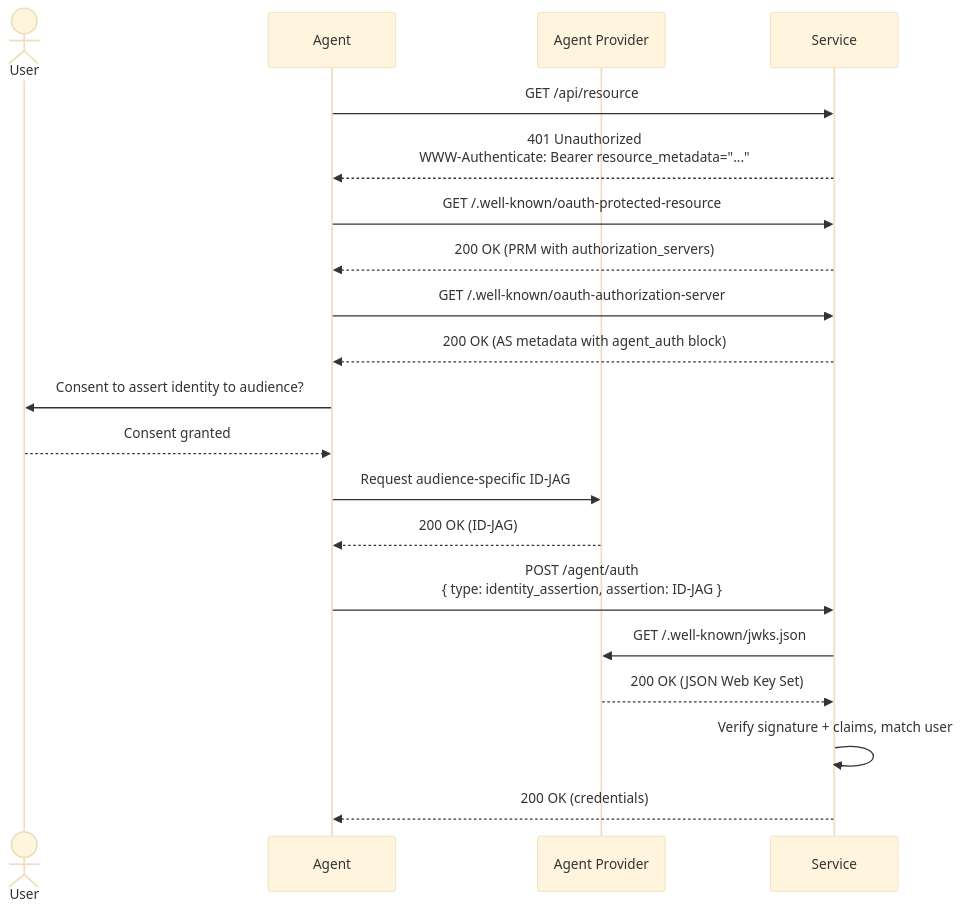
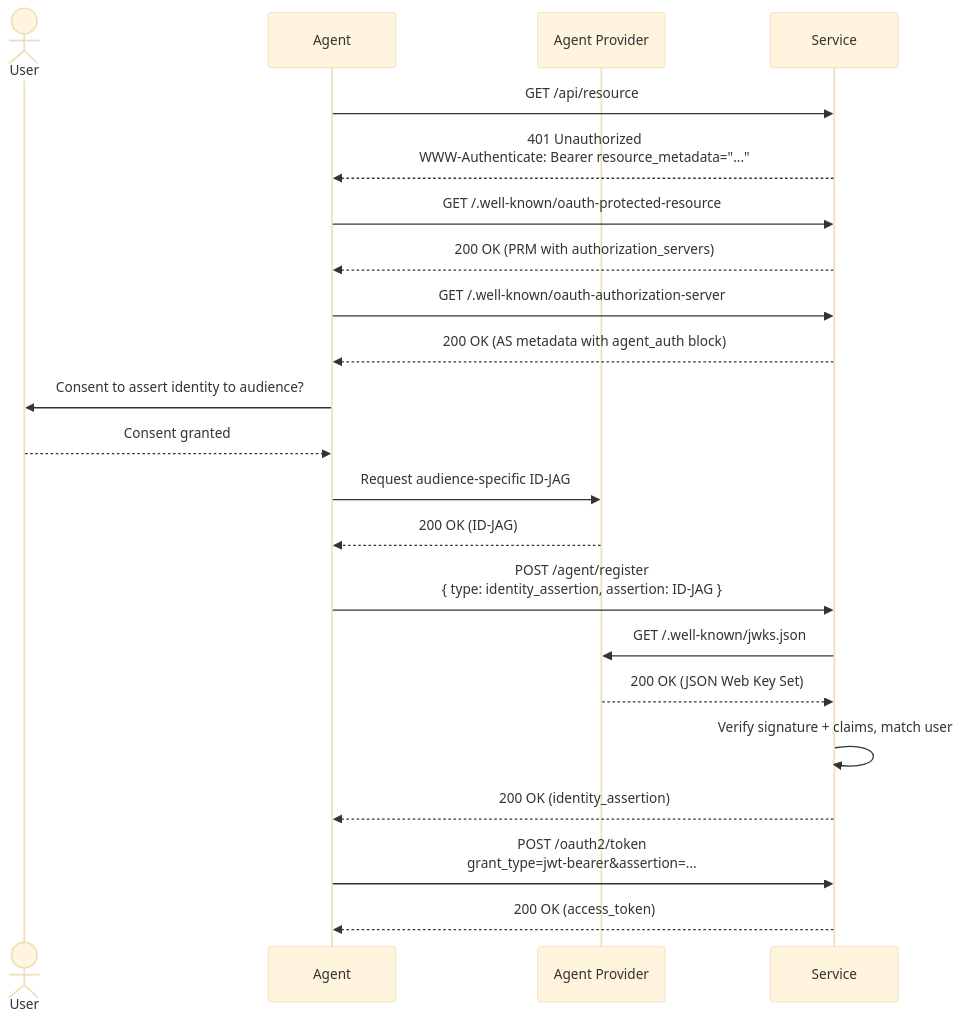
Before and after one commit to workos/auth.md: the first of 3 diagrams in README.md, drawn with Mermaid (base theme). The commit also changed other lines of this file and 2 other files, not shown here.

````diff
--- a/README.md
+++ b/README.md
@@ -71,27 +73,29 @@
 ```mermaid
 sequenceDiagram
     actor User
     participant Agent
     participant Provider as Agent Provider
     participant Service
 
     Agent->>Service: GET /api/resource
     Service-->>Agent: 401 Unauthorized<br/>WWW-Authenticate: Bearer resource_metadata="..."
 
     Agent->>Service: GET /.well-known/oauth-protected-resource
     Service-->>Agent: 200 OK (PRM with authorization_servers)
     Agent->>Service: GET /.well-known/oauth-authorization-server
     Service-->>Agent: 200 OK (AS metadata with agent_auth block)
 
     Agent->>User: Consent to assert identity to audience?
     User-->>Agent: Consent granted
 
     Agent->>Provider: Request audience-specific ID-JAG
     Provider-->>Agent: 200 OK (ID-JAG)
 
-    Agent->>Service: POST /agent/auth<br/>{ type: identity_assertion, assertion: ID-JAG }
+    Agent->>Service: POST /agent/register<br/>{ type: identity_assertion, assertion: ID-JAG }
     Service->>Provider: GET /.well-known/jwks.json
     Provider-->>Service: 200 OK (JSON Web Key Set)
     Service->>Service: Verify signature + claims, match user
-    Service-->>Agent: 200 OK (credentials)
+    Service-->>Agent: 200 OK (identity_assertion)
+    Agent->>Service: POST /oauth2/token<br/>grant_type=jwt-bearer&assertion=...
+    Service-->>Agent: 200 OK (access_token)
 ```
````
